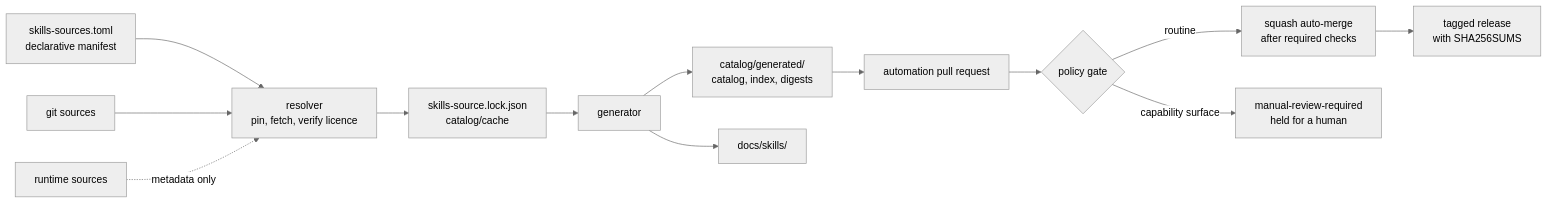
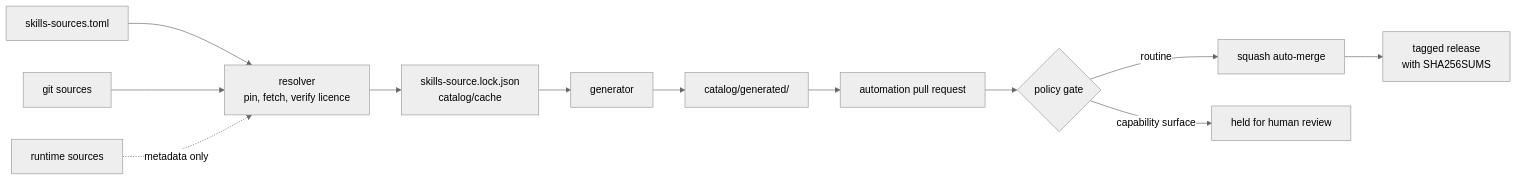
One commit to furkankoykiran/.claude changed the second of 2 diagrams in README.md. Above: the diagram before and after it, drawn with Mermaid (neutral theme). The commit also changed other lines of this file and 68 other files, not shown here.

````diff
--- a/README.md
+++ b/README.md
@@ -202,15 +139,14 @@
 ```mermaid
 flowchart LR
-  M["skills-sources.toml<br/>declarative manifest"] --> RES
+  M["skills-sources.toml"] --> RES
   G["git sources"] --> RES["resolver<br/>pin, fetch, verify licence"]
   R["runtime sources"] -. metadata only .-> RES
   RES --> L["skills-source.lock.json<br/>catalog/cache"]
   L --> GEN["generator"]
-  GEN --> OUT["catalog/generated/<br/>catalog, index, digests"]
-  GEN --> D["docs/skills/"]
+  GEN --> OUT["catalog/generated/"]
   OUT --> PR["automation pull request"]
   PR --> GATE{"policy gate"}
-  GATE -- routine --> AM["squash auto-merge<br/>after required checks"]
-  GATE -- capability surface --> HUMAN["manual-review-required<br/>held for a human"]
+  GATE -- routine --> AM["squash auto-merge"]
+  GATE -- capability surface --> HUMAN["held for human review"]
   AM --> REL["tagged release<br/>with SHA256SUMS"]
 ```
````
